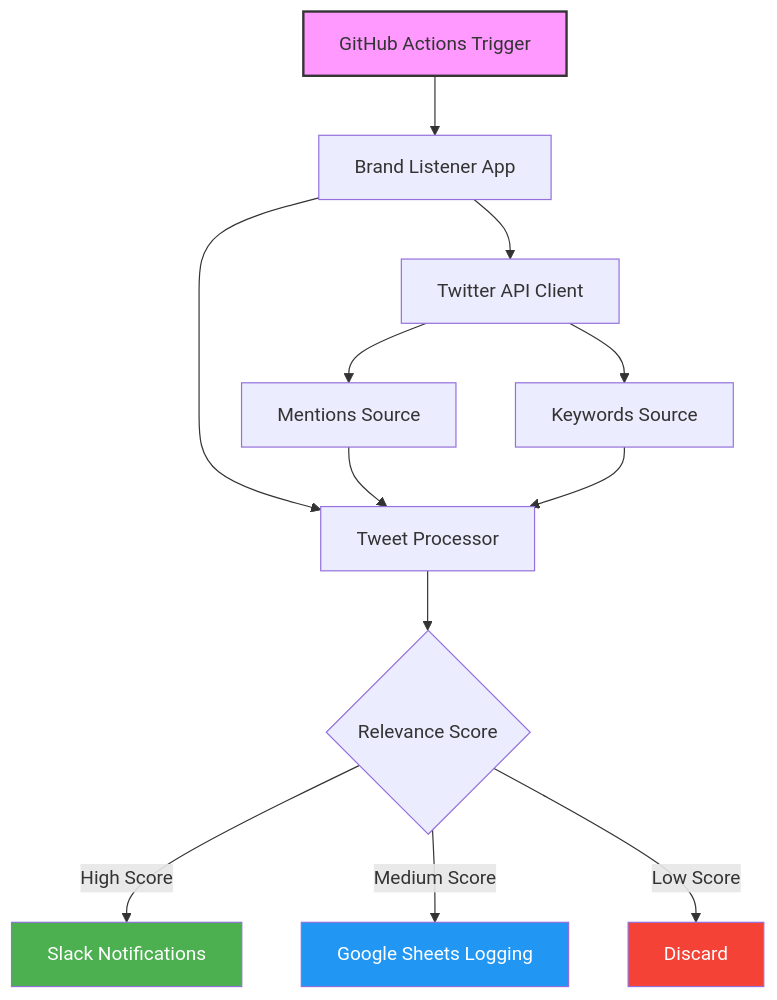
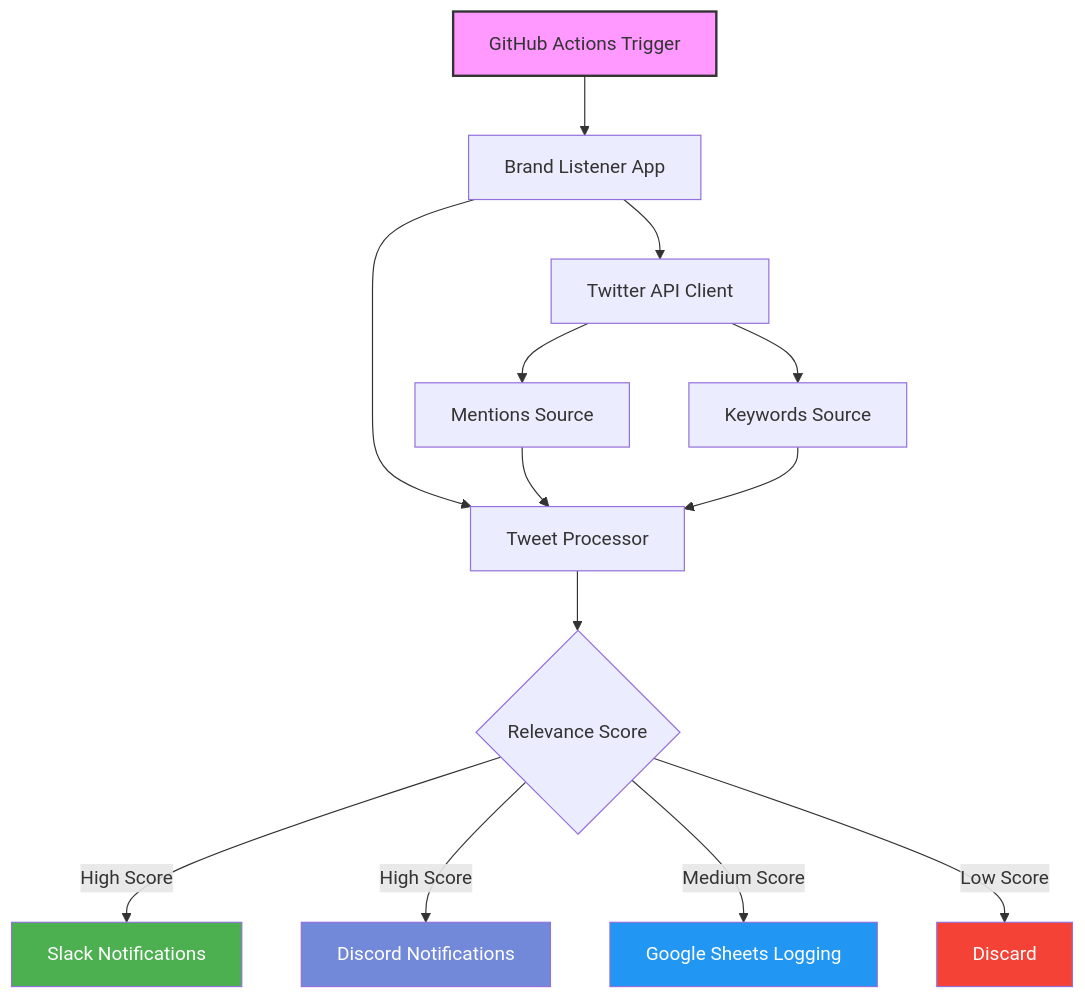
One commit to kauri-hero/twitter-listener changed the diagram in README.md. Above: the diagram before and after it, drawn with Mermaid. The commit also changed other lines of this file and 12 other files, not shown here.

Commit message:
Add Discord integration for notifications and update README

````diff
--- a/README.md
+++ b/README.md
@@ -23,20 +24,22 @@
 ```mermaid
 graph TB
     A[GitHub Actions Trigger] --> B[Brand Listener App]
     B --> C[Twitter API Client]
     B --> D[Tweet Processor]
     D --> E{Relevance Score}
     E -->|High Score| F[Slack Notifications]
+    E -->|High Score| F2[Discord Notifications]
     E -->|Medium Score| G[Google Sheets Logging]
     E -->|Low Score| H[Discard]
     
     C --> I[Mentions Source]
     C --> J[Keywords Source]
     I --> D
     J --> D
     
     style A fill:#f9f,stroke:#333,stroke-width:2px
     style F fill:#4CAF50,color:#fff
+    style F2 fill:#7289DA,color:#fff
     style G fill:#2196F3,color:#fff
     style H fill:#f44336,color:#fff
 ```
````
